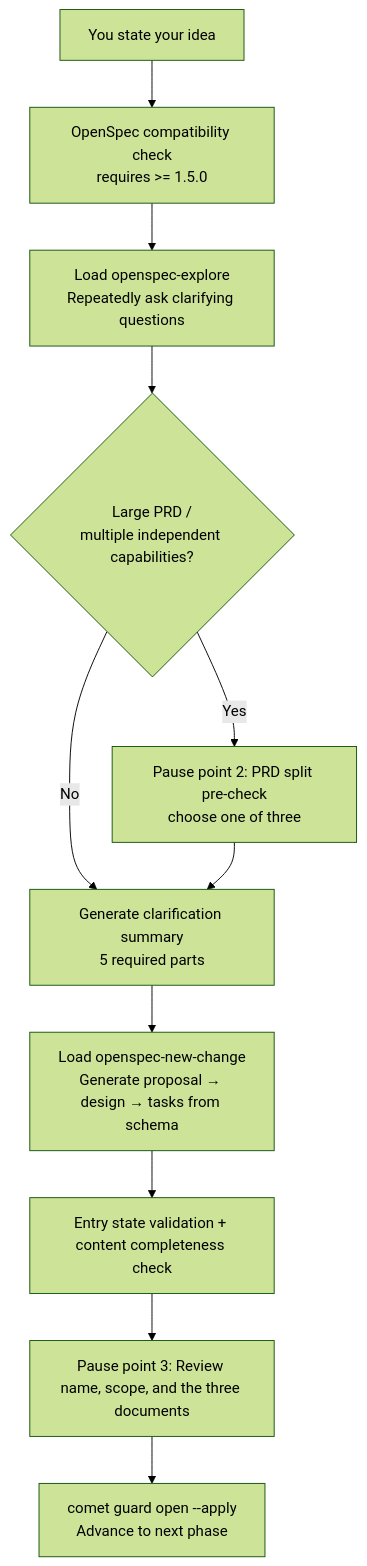
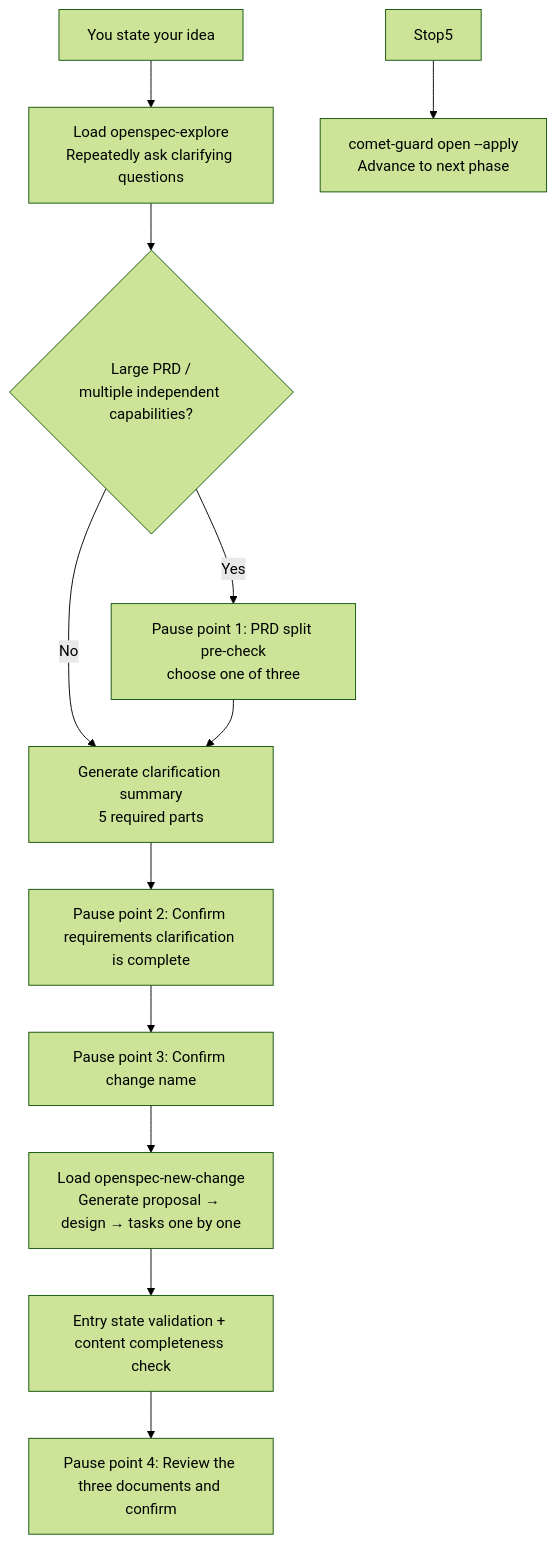
One commit to rpamis/comet-website-docs changed the diagram in en/phases/open.mdx. Above: the diagram before and after it, drawn with Mermaid (forest theme). The commit also changed other lines of this file and 114 other files, not shown here.

````diff
--- a/en/phases/open.mdx
+++ b/en/phases/open.mdx
@@ -42,13 +49,14 @@
 ```mermaid
 flowchart TD
-    Start["You state your idea"] --> Chk["OpenSpec compatibility check<br/>requires >= 1.5.0"]
-    Chk --> S1["Load openspec-explore<br/>Repeatedly ask clarifying questions"]
+    Start["You state your idea"] --> S1["Load openspec-explore<br/>Repeatedly ask clarifying questions"]
     S1 --> S1a{"Large PRD /<br/>multiple independent capabilities?"}
-    S1a -->|Yes| Stop1["Pause point 2: PRD split pre-check<br/>choose one of three"]
+    S1a -->|Yes| Stop1["Pause point 1: PRD split pre-check<br/>choose one of three"]
     S1a -->|No| S1sum["Generate clarification summary<br/>5 required parts"]
     Stop1 --> S1sum
-    S1sum --> S2["Load openspec-new-change<br/>Generate proposal → design → tasks from schema"]
+    S1sum --> Stop2["Pause point 2: Confirm requirements clarification is complete"]
+    Stop2 --> Stop3["Pause point 3: Confirm change name"]
+    Stop3 --> S2["Load openspec-new-change<br/>Generate proposal → design → tasks one by one"]
     S2 --> S3["Entry state validation + content completeness check"]
-    S3 --> Stop3["Pause point 3: Review name, scope, and the three documents"]
-    Stop3 --> Exit["comet guard open --apply<br/>Advance to next phase"]
+    S3 --> Stop4["Pause point 4: Review the three documents and confirm"]
+    Stop5 --> Exit["comet-guard open --apply<br/>Advance to next phase"]
 ```
````
